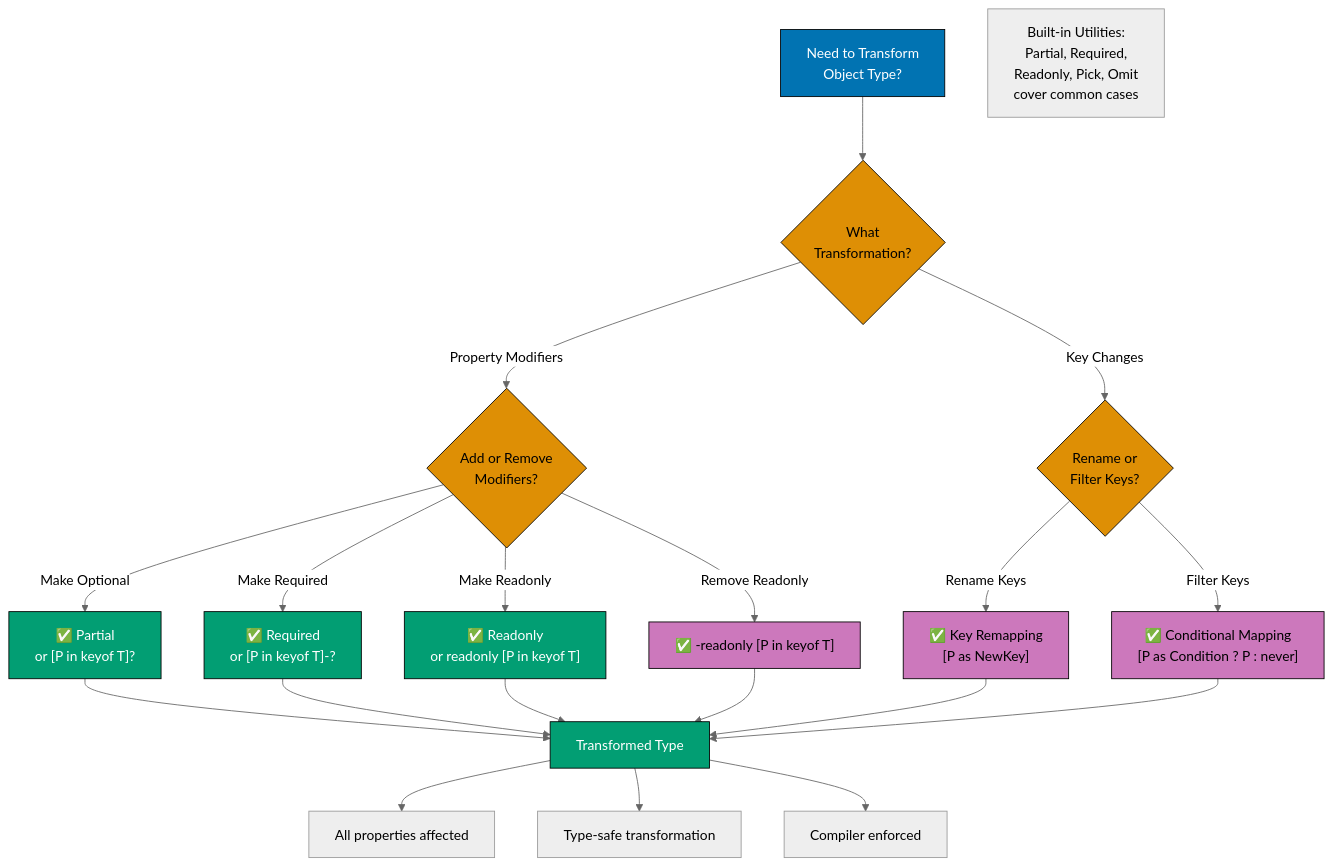
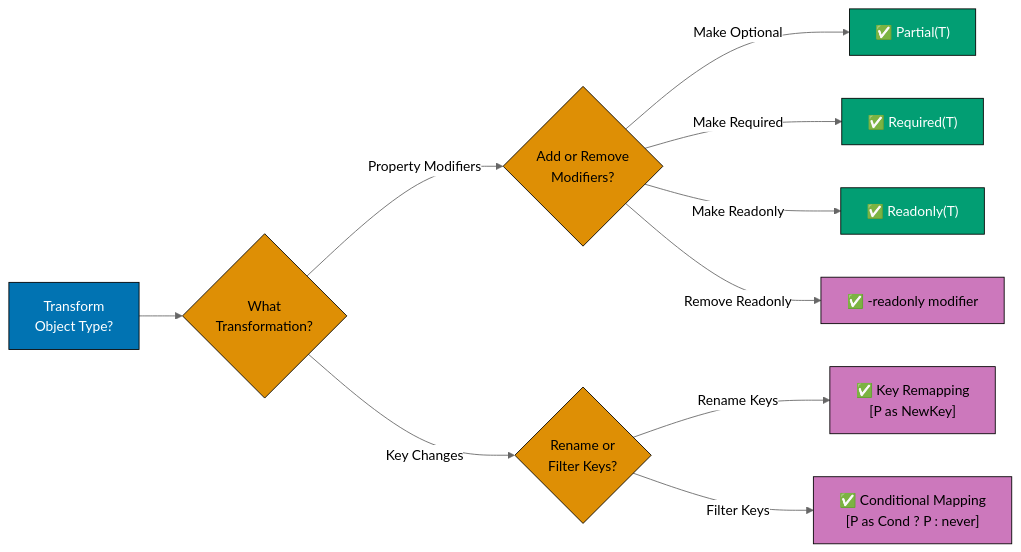
Before and after one commit to wahidyankf/ose-primer: the fifth of 7 diagrams in docs/explanation/software-engineering/programming-languages/typescript/idioms.md, drawn with Mermaid (neutral theme). The commit also changed other lines of this file and 16 other files, not shown here.

Commit message:
fix(docs): fix mermaid violations in typescript/ docs (batch 1/10)

````diff
--- a/docs/explanation/software-engineering/programming-languages/typescript/idioms.md
+++ b/docs/explanation/software-engineering/programming-languages/typescript/idioms.md
@@ -833,36 +810,23 @@
 ```mermaid
 %% Color Palette: Blue #0173B2, Orange #DE8F05, Teal #029E73, Purple #CC78BC
 %% All colors are color-blind friendly and meet WCAG AA contrast standards
 
-graph TD
-    A["Need to Transform<br/>Object Type?"]:::blue --> B{"What<br/>Transformation?"}:::orange
+graph LR
+    A["Transform<br/>Object Type?"]:::blue --> B{"What<br/>Transformation?"}:::orange
 
     B -->|"Property Modifiers"| C{"Add or Remove<br/>Modifiers?"}:::orange
     B -->|"Key Changes"| D{"Rename or<br/>Filter Keys?"}:::orange
 
-    C -->|"Make Optional"| E["✅ Partial<T><br/>or [P in keyof T]?"]:::teal
-    C -->|"Make Required"| F["✅ Required<T><br/>or [P in keyof T]-?"]:::teal
-    C -->|"Make Readonly"| G["✅ Readonly<T><br/>or readonly [P in keyof T]"]:::teal
-    C -->|"Remove Readonly"| H["✅ -readonly [P in keyof T]"]:::purple
+    C -->|"Make Optional"| E["✅ Partial(T)"]:::teal
+    C -->|"Make Required"| F["✅ Required(T)"]:::teal
+    C -->|"Make Readonly"| G["✅ Readonly(T)"]:::teal
+    C -->|"Remove Readonly"| H["✅ -readonly modifier"]:::purple
 
     D -->|"Rename Keys"| I["✅ Key Remapping<br/>[P as NewKey]"]:::purple
-    D -->|"Filter Keys"| J["✅ Conditional Mapping<br/>[P as Condition ? P : never]"]:::purple
-
-    E --> K["Transformed Type"]:::teal
-    F --> K
-    G --> K
-    H --> K
-    I --> K
-    J --> K
-
-    K --> K1["All properties affected"]
-    K --> K2["Type-safe transformation"]
-    K --> K3["Compiler enforced"]
-
-    Note["Built-in Utilities:<br/>Partial, Required,<br/>Readonly, Pick, Omit<br/>cover common cases"]
+    D -->|"Filter Keys"| J["✅ Conditional Mapping<br/>[P as Cond ? P : never]"]:::purple
 
     classDef blue fill:#0173B2,stroke:#000,color:#fff
     classDef orange fill:#DE8F05,stroke:#000,color:#000
     classDef teal fill:#029E73,stroke:#000,color:#fff
     classDef purple fill:#CC78BC,stroke:#000,color:#000
 ```
````
